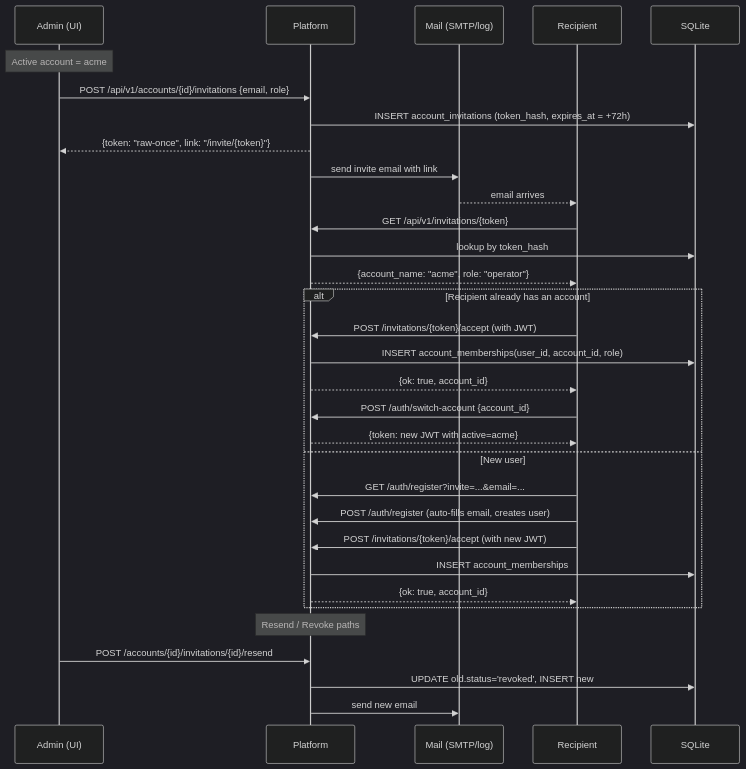
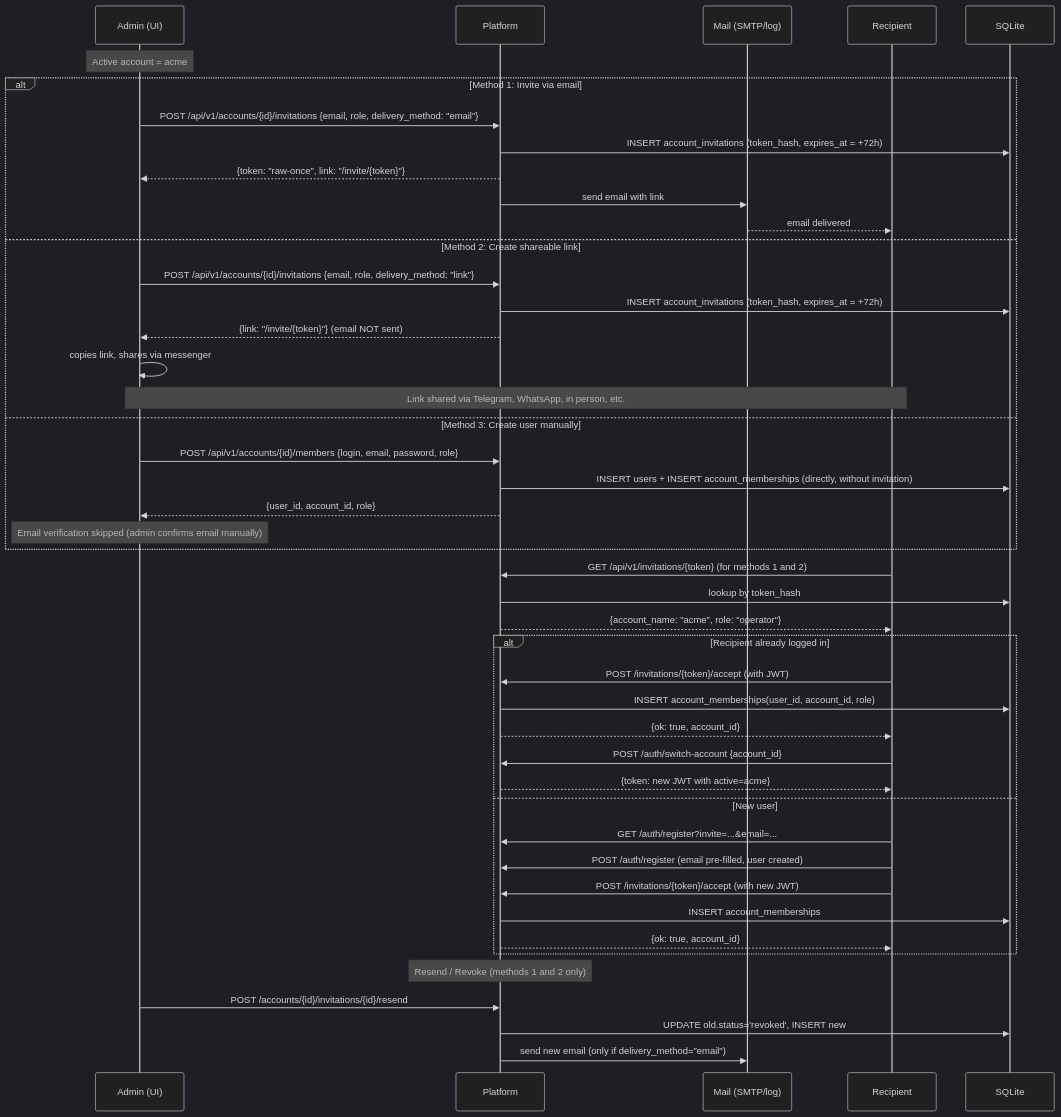
One commit to darvik80/iot-platform-go changed the second of 5 diagrams in docs/en/16-multi-account.md. Above: the diagram before and after it, drawn with Mermaid (dark theme). The commit also changed other lines of this file and 1 other file, not shown here.

````diff
--- a/docs/en/16-multi-account.md
+++ b/docs/en/16-multi-account.md
@@ -368,38 +278,52 @@
 ```mermaid
 sequenceDiagram
     participant A as Admin (UI)
     participant P as Platform
     participant M as Mail (SMTP/log)
     participant R as Recipient
     participant DB as SQLite
 
     Note over A: Active account = acme
-    A->>P: POST /api/v1/accounts/{id}/invitations {email, role}
-    P->>DB: INSERT account_invitations (token_hash, expires_at = +72h)
-    P-->>A: {token: "raw-once", link: "/invite/{token}"}
-    P->>M: send invite email with link
-    M-->>R: email arrives
+    
+    alt Method 1: Invite via email
+        A->>P: POST /api/v1/accounts/{id}/invitations {email, role, delivery_method: "email"}
+        P->>DB: INSERT account_invitations (token_hash, expires_at = +72h)
+        P-->>A: {token: "raw-once", link: "/invite/{token}"}
+        P->>M: send email with link
+        M-->>R: email delivered
+    else Method 2: Create shareable link
+        A->>P: POST /api/v1/accounts/{id}/invitations {email, role, delivery_method: "link"}
+        P->>DB: INSERT account_invitations (token_hash, expires_at = +72h)
+        P-->>A: {link: "/invite/{token}"} (email NOT sent)
+        A->>A: copies link, shares via messenger
+        Note over A,R: Link shared via Telegram, WhatsApp, in person, etc.
+    else Method 3: Create user manually
+        A->>P: POST /api/v1/accounts/{id}/members {login, email, password, role}
+        P->>DB: INSERT users + INSERT account_memberships (directly, without invitation)
+        P-->>A: {user_id, account_id, role}
+        Note over A: Email verification skipped (admin confirms email manually)
+    end
 
-    R->>P: GET /api/v1/invitations/{token}
+    R->>P: GET /api/v1/invitations/{token} (for methods 1 and 2)
     P->>DB: lookup by token_hash
     P-->>R: {account_name: "acme", role: "operator"}
 
-    alt Recipient already has an account
+    alt Recipient already logged in
         R->>P: POST /invitations/{token}/accept (with JWT)
         P->>DB: INSERT account_memberships(user_id, account_id, role)
         P-->>R: {ok: true, account_id}
         R->>P: POST /auth/switch-account {account_id}
         P-->>R: {token: new JWT with active=acme}
     else New user
         R->>P: GET /auth/register?invite=...&email=...
-        R->>P: POST /auth/register (auto-fills email, creates user)
+        R->>P: POST /auth/register (email pre-filled, user created)
         R->>P: POST /invitations/{token}/accept (with new JWT)
         P->>DB: INSERT account_memberships
         P-->>R: {ok: true, account_id}
     end
 
-    Note over P: Resend / Revoke paths
+    Note over P: Resend / Revoke (methods 1 and 2 only)
     A->>P: POST /accounts/{id}/invitations/{id}/resend
     P->>DB: UPDATE old.status='revoked', INSERT new
-    P->>M: send new email
+    P->>M: send new email (only if delivery_method="email")
 ```
````
